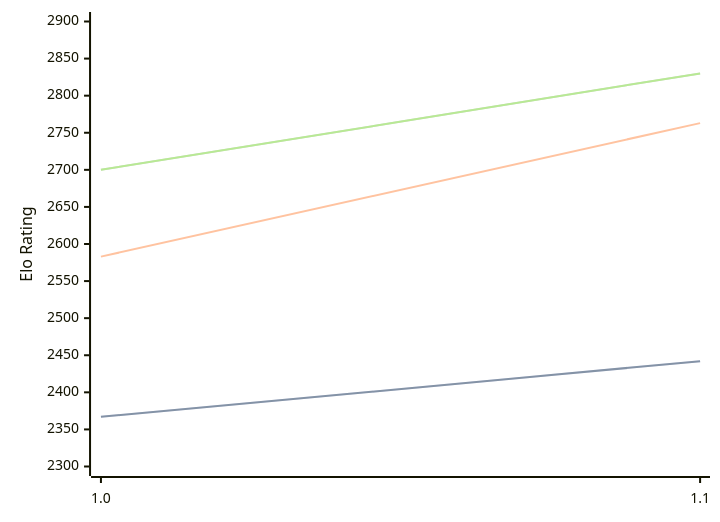
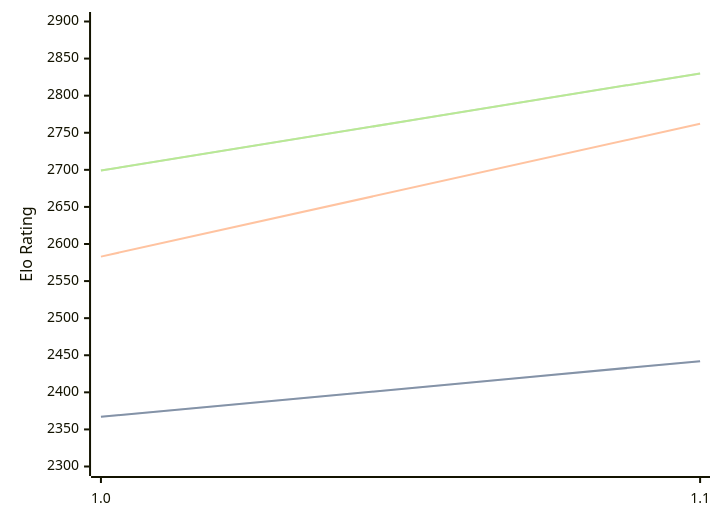
The diagram in engines/FoxChess.md (computer-chess-index/cci), drawn with Mermaid before and after one commit. The commit also changed other lines of this file, not shown here.

Commit message:
Update CCI Ratings (ELO VLTC) - 2026-05-07

````diff
--- a/engines/FoxChess.md
+++ b/engines/FoxChess.md
@@ -32,11 +32,11 @@
 ```mermaid
 %%{init: {"theme":"base","themeVariables":{"seriesColors:['#a3a3a3','#222221','#faa371']}}}%%
 xychart-beta
   x-axis ["1.0", "1.1"]
   y-axis "Elo Rating" 2300 --> 2900
   line "STC (8.0+0.08s)" [2367, 2442]
   line "STC (8.0+0.08s)" [2367, 2442]
-  line "LTC (60.0+0.60s)" [2583, 2763]
-  line "VLTC (2m24s+1.12s)" [2700, 2830]
-  line "VLTC (2m24s+1.12s)" [2700, 2830]
+  line "LTC (60.0+0.60s)" [2583, 2762]
+  line "VLTC (2m24s+1.12s)" [2699, 2830]
+  line "VLTC (2m24s+1.12s)" [2699, 2830]
 ```
````
